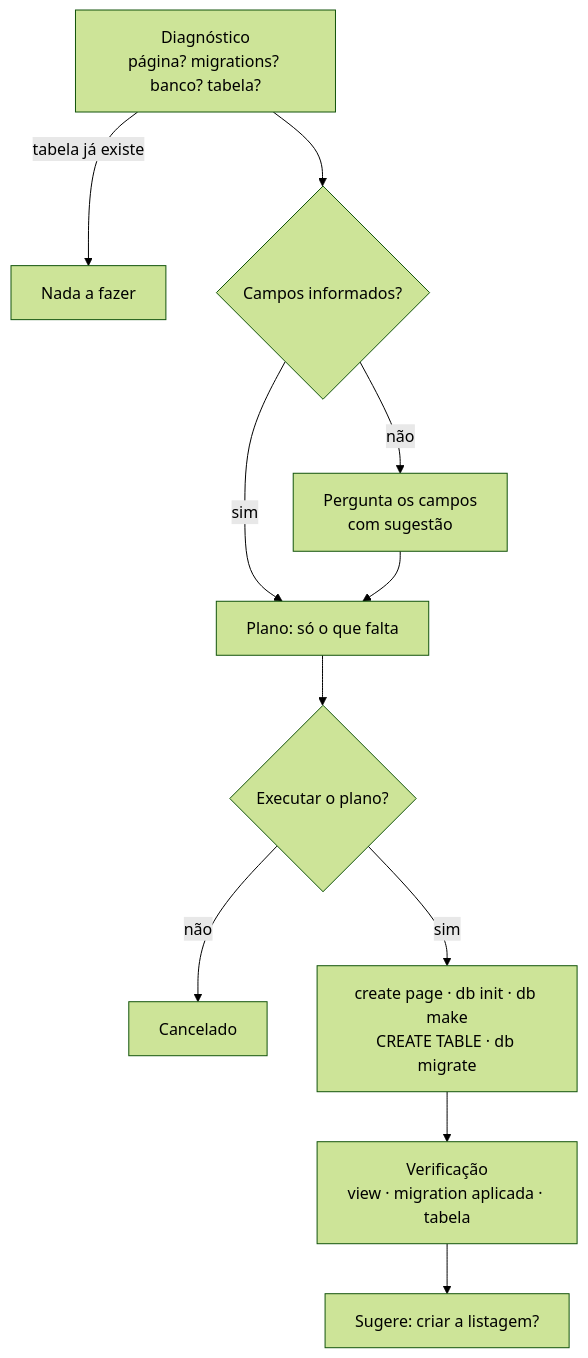
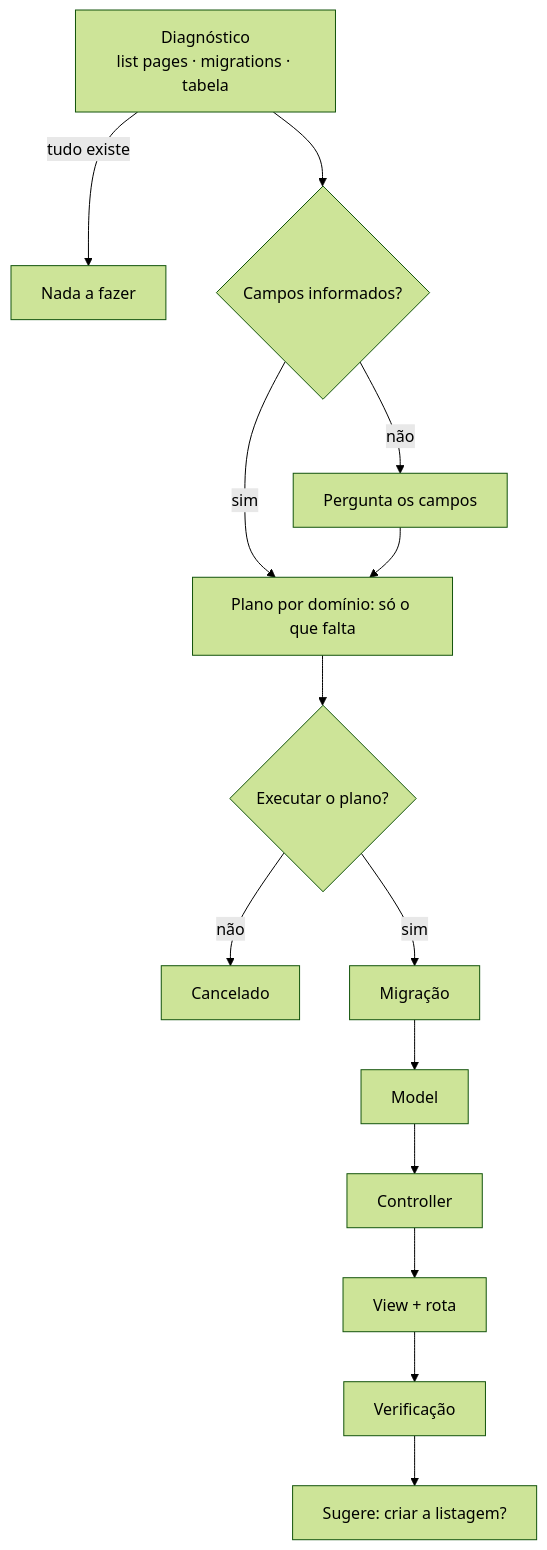
The diagram in docs/pt/geradores.md (alexyucra/flai), drawn with Mermaid (forest theme) before and after one commit. The commit also changed other lines of this file and 90 other files, not shown here.

````diff
--- a/docs/pt/geradores.md
+++ b/docs/pt/geradores.md
@@ -18,13 +29,12 @@
 ```mermaid
 flowchart TD
-    D[Diagnóstico<br/>página? migrations? banco? tabela?] -->|tabela já existe| N[Nada a fazer]
+    D[Diagnóstico<br/>list pages · migrations · tabela] -->|tudo existe| N[Nada a fazer]
     D --> C{Campos informados?}
-    C -->|não| Q[Pergunta os campos<br/>com sugestão]
+    C -->|não| Q[Pergunta os campos]
     C -->|sim| P
-    Q --> P[Plano: só o que falta]
+    Q --> P[Plano por domínio: só o que falta]
     P --> K{Executar o plano?}
     K -->|não| X[Cancelado]
-    K -->|sim| E[create page · db init · db make<br/>CREATE TABLE · db migrate]
-    E --> V[Verificação<br/>view · migration aplicada · tabela]
-    V --> S[Sugere: criar a listagem?]
+    K -->|sim| M[Migração] --> MO[Model] --> CT[Controller] --> V[View + rota]
+    V --> VE[Verificação] --> S[Sugere: criar a listagem?]
 ```
````
